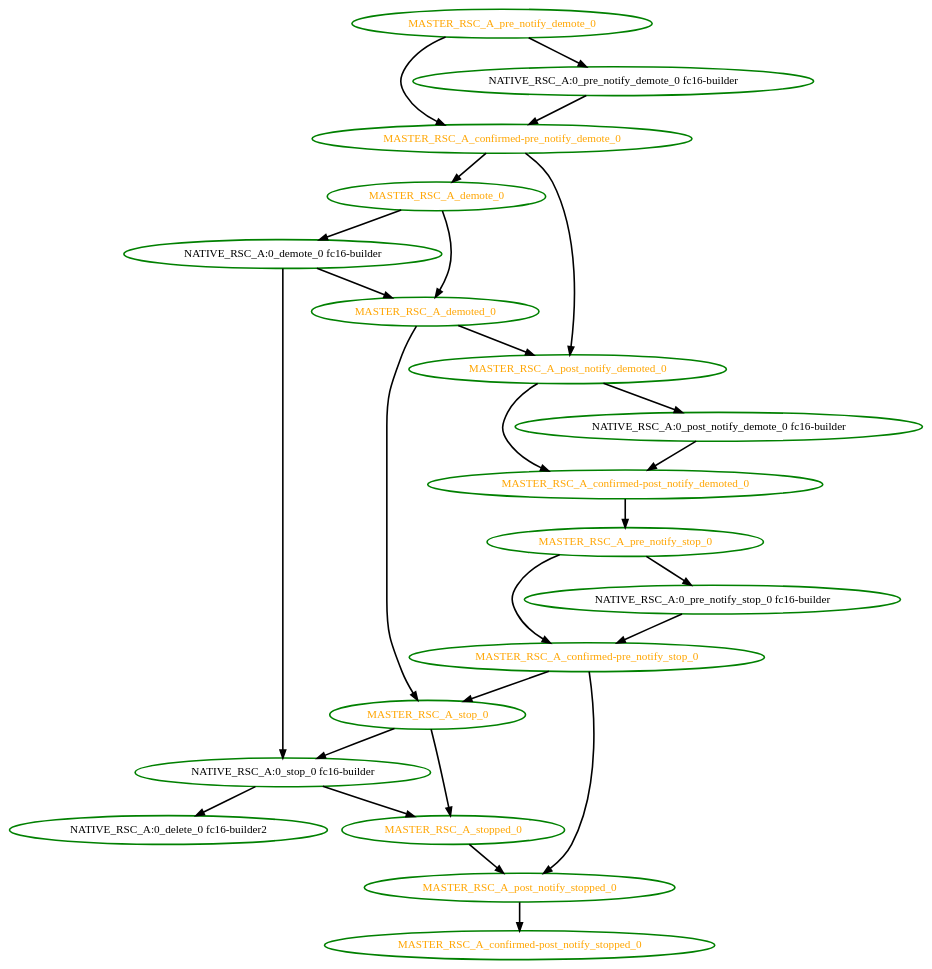
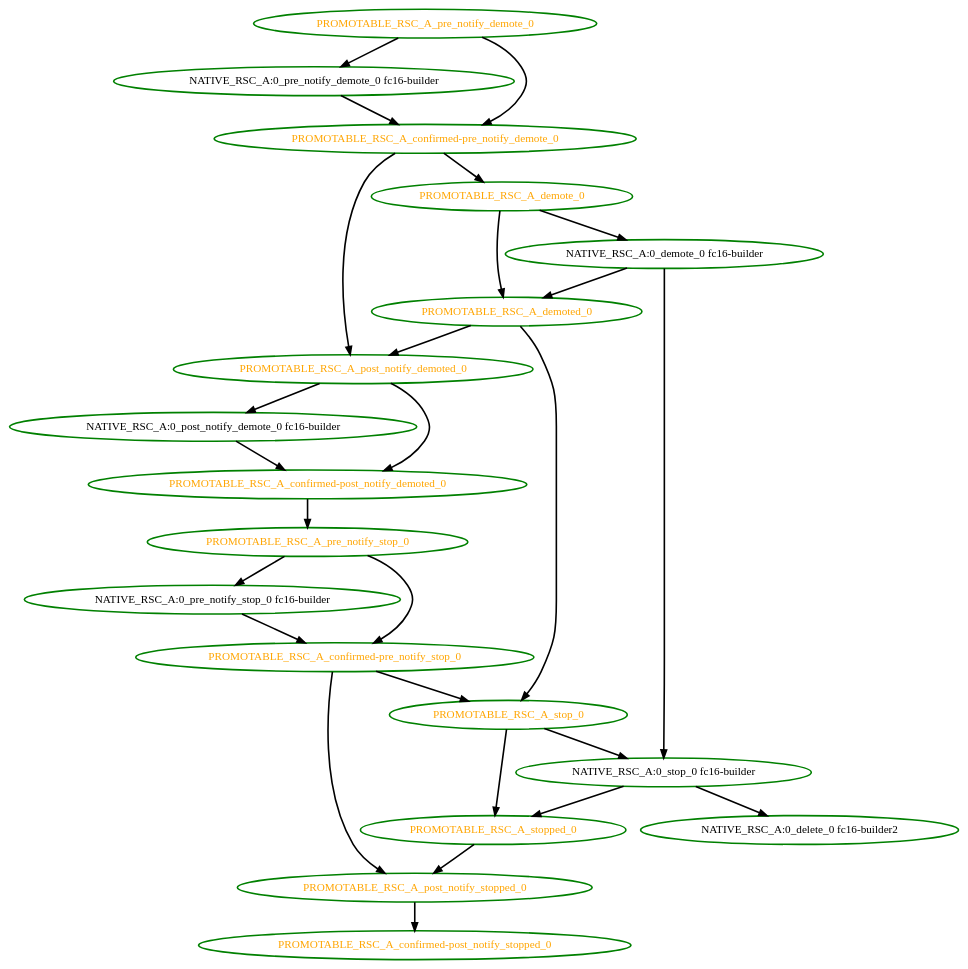
One commit to ClusterLabs/pacemaker changed the diagram in cts/scheduler/dot/colocation_constraint_stops_promoted.dot. Above: the diagram before and after it, drawn with Graphviz. The commit also changed 19 other files, not shown here.

```diff
--- a/cts/scheduler/dot/colocation_constraint_stops_promoted.dot
+++ b/cts/scheduler/dot/colocation_constraint_stops_promoted.dot
@@ -1,46 +1,46 @@
  digraph "g" {
-"MASTER_RSC_A_confirmed-post_notify_demoted_0" -> "MASTER_RSC_A_pre_notify_stop_0" [ style = bold]
-"MASTER_RSC_A_confirmed-post_notify_demoted_0" [ style=bold color="green" fontcolor="orange"]
-"MASTER_RSC_A_confirmed-post_notify_stopped_0" [ style=bold color="green" fontcolor="orange"]
-"MASTER_RSC_A_confirmed-pre_notify_demote_0" -> "MASTER_RSC_A_demote_0" [ style = bold]
-"MASTER_RSC_A_confirmed-pre_notify_demote_0" -> "MASTER_RSC_A_post_notify_demoted_0" [ style = bold]
-"MASTER_RSC_A_confirmed-pre_notify_demote_0" [ style=bold color="green" fontcolor="orange"]
-"MASTER_RSC_A_confirmed-pre_notify_stop_0" -> "MASTER_RSC_A_post_notify_stopped_0" [ style = bold]
-"MASTER_RSC_A_confirmed-pre_notify_stop_0" -> "MASTER_RSC_A_stop_0" [ style = bold]
-"MASTER_RSC_A_confirmed-pre_notify_stop_0" [ style=bold color="green" fontcolor="orange"]
-"MASTER_RSC_A_demote_0" -> "MASTER_RSC_A_demoted_0" [ style = bold]
-"MASTER_RSC_A_demote_0" -> "NATIVE_RSC_A:0_demote_0 fc16-builder" [ style = bold]
-"MASTER_RSC_A_demote_0" [ style=bold color="green" fontcolor="orange"]
-"MASTER_RSC_A_demoted_0" -> "MASTER_RSC_A_post_notify_demoted_0" [ style = bold]
-"MASTER_RSC_A_demoted_0" -> "MASTER_RSC_A_stop_0" [ style = bold]
-"MASTER_RSC_A_demoted_0" [ style=bold color="green" fontcolor="orange"]
-"MASTER_RSC_A_post_notify_demoted_0" -> "MASTER_RSC_A_confirmed-post_notify_demoted_0" [ style = bold]
-"MASTER_RSC_A_post_notify_demoted_0" -> "NATIVE_RSC_A:0_post_notify_demote_0 fc16-builder" [ style = bold]
-"MASTER_RSC_A_post_notify_demoted_0" [ style=bold color="green" fontcolor="orange"]
-"MASTER_RSC_A_post_notify_stopped_0" -> "MASTER_RSC_A_confirmed-post_notify_stopped_0" [ style = bold]
-"MASTER_RSC_A_post_notify_stopped_0" [ style=bold color="green" fontcolor="orange"]
-"MASTER_RSC_A_pre_notify_demote_0" -> "MASTER_RSC_A_confirmed-pre_notify_demote_0" [ style = bold]
-"MASTER_RSC_A_pre_notify_demote_0" -> "NATIVE_RSC_A:0_pre_notify_demote_0 fc16-builder" [ style = bold]
-"MASTER_RSC_A_pre_notify_demote_0" [ style=bold color="green" fontcolor="orange"]
-"MASTER_RSC_A_pre_notify_stop_0" -> "MASTER_RSC_A_confirmed-pre_notify_stop_0" [ style = bold]
-"MASTER_RSC_A_pre_notify_stop_0" -> "NATIVE_RSC_A:0_pre_notify_stop_0 fc16-builder" [ style = bold]
-"MASTER_RSC_A_pre_notify_stop_0" [ style=bold color="green" fontcolor="orange"]
-"MASTER_RSC_A_stop_0" -> "MASTER_RSC_A_stopped_0" [ style = bold]
-"MASTER_RSC_A_stop_0" -> "NATIVE_RSC_A:0_stop_0 fc16-builder" [ style = bold]
-"MASTER_RSC_A_stop_0" [ style=bold color="green" fontcolor="orange"]
-"MASTER_RSC_A_stopped_0" -> "MASTER_RSC_A_post_notify_stopped_0" [ style = bold]
-"MASTER_RSC_A_stopped_0" [ style=bold color="green" fontcolor="orange"]
 "NATIVE_RSC_A:0_delete_0 fc16-builder2" [ style=bold color="green" fontcolor="black"]
-"NATIVE_RSC_A:0_demote_0 fc16-builder" -> "MASTER_RSC_A_demoted_0" [ style = bold]
 "NATIVE_RSC_A:0_demote_0 fc16-builder" -> "NATIVE_RSC_A:0_stop_0 fc16-builder" [ style = bold]
+"NATIVE_RSC_A:0_demote_0 fc16-builder" -> "PROMOTABLE_RSC_A_demoted_0" [ style = bold]
 "NATIVE_RSC_A:0_demote_0 fc16-builder" [ style=bold color="green" fontcolor="black"]
-"NATIVE_RSC_A:0_post_notify_demote_0 fc16-builder" -> "MASTER_RSC_A_confirmed-post_notify_demoted_0" [ style = bold]
+"NATIVE_RSC_A:0_post_notify_demote_0 fc16-builder" -> "PROMOTABLE_RSC_A_confirmed-post_notify_demoted_0" [ style = bold]
 "NATIVE_RSC_A:0_post_notify_demote_0 fc16-builder" [ style=bold color="green" fontcolor="black"]
-"NATIVE_RSC_A:0_pre_notify_demote_0 fc16-builder" -> "MASTER_RSC_A_confirmed-pre_notify_demote_0" [ style = bold]
+"NATIVE_RSC_A:0_pre_notify_demote_0 fc16-builder" -> "PROMOTABLE_RSC_A_confirmed-pre_notify_demote_0" [ style = bold]
 "NATIVE_RSC_A:0_pre_notify_demote_0 fc16-builder" [ style=bold color="green" fontcolor="black"]
-"NATIVE_RSC_A:0_pre_notify_stop_0 fc16-builder" -> "MASTER_RSC_A_confirmed-pre_notify_stop_0" [ style = bold]
+"NATIVE_RSC_A:0_pre_notify_stop_0 fc16-builder" -> "PROMOTABLE_RSC_A_confirmed-pre_notify_stop_0" [ style = bold]
 "NATIVE_RSC_A:0_pre_notify_stop_0 fc16-builder" [ style=bold color="green" fontcolor="black"]
-"NATIVE_RSC_A:0_stop_0 fc16-builder" -> "MASTER_RSC_A_stopped_0" [ style = bold]
 "NATIVE_RSC_A:0_stop_0 fc16-builder" -> "NATIVE_RSC_A:0_delete_0 fc16-builder2" [ style = bold]
+"NATIVE_RSC_A:0_stop_0 fc16-builder" -> "PROMOTABLE_RSC_A_stopped_0" [ style = bold]
 "NATIVE_RSC_A:0_stop_0 fc16-builder" [ style=bold color="green" fontcolor="black"]
+"PROMOTABLE_RSC_A_confirmed-post_notify_demoted_0" -> "PROMOTABLE_RSC_A_pre_notify_stop_0" [ style = bold]
+"PROMOTABLE_RSC_A_confirmed-post_notify_demoted_0" [ style=bold color="green" fontcolor="orange"]
+"PROMOTABLE_RSC_A_confirmed-post_notify_stopped_0" [ style=bold color="green" fontcolor="orange"]
+"PROMOTABLE_RSC_A_confirmed-pre_notify_demote_0" -> "PROMOTABLE_RSC_A_demote_0" [ style = bold]
+"PROMOTABLE_RSC_A_confirmed-pre_notify_demote_0" -> "PROMOTABLE_RSC_A_post_notify_demoted_0" [ style = bold]
+"PROMOTABLE_RSC_A_confirmed-pre_notify_demote_0" [ style=bold color="green" fontcolor="orange"]
+"PROMOTABLE_RSC_A_confirmed-pre_notify_stop_0" -> "PROMOTABLE_RSC_A_post_notify_stopped_0" [ style = bold]
+"PROMOTABLE_RSC_A_confirmed-pre_notify_stop_0" -> "PROMOTABLE_RSC_A_stop_0" [ style = bold]
+"PROMOTABLE_RSC_A_confirmed-pre_notify_stop_0" [ style=bold color="green" fontcolor="orange"]
+"PROMOTABLE_RSC_A_demote_0" -> "NATIVE_RSC_A:0_demote_0 fc16-builder" [ style = bold]
+"PROMOTABLE_RSC_A_demote_0" -> "PROMOTABLE_RSC_A_demoted_0" [ style = bold]
+"PROMOTABLE_RSC_A_demote_0" [ style=bold color="green" fontcolor="orange"]
+"PROMOTABLE_RSC_A_demoted_0" -> "PROMOTABLE_RSC_A_post_notify_demoted_0" [ style = bold]
+"PROMOTABLE_RSC_A_demoted_0" -> "PROMOTABLE_RSC_A_stop_0" [ style = bold]
+"PROMOTABLE_RSC_A_demoted_0" [ style=bold color="green" fontcolor="orange"]
+"PROMOTABLE_RSC_A_post_notify_demoted_0" -> "NATIVE_RSC_A:0_post_notify_demote_0 fc16-builder" [ style = bold]
+"PROMOTABLE_RSC_A_post_notify_demoted_0" -> "PROMOTABLE_RSC_A_confirmed-post_notify_demoted_0" [ style = bold]
+"PROMOTABLE_RSC_A_post_notify_demoted_0" [ style=bold color="green" fontcolor="orange"]
+"PROMOTABLE_RSC_A_post_notify_stopped_0" -> "PROMOTABLE_RSC_A_confirmed-post_notify_stopped_0" [ style = bold]
+"PROMOTABLE_RSC_A_post_notify_stopped_0" [ style=bold color="green" fontcolor="orange"]
+"PROMOTABLE_RSC_A_pre_notify_demote_0" -> "NATIVE_RSC_A:0_pre_notify_demote_0 fc16-builder" [ style = bold]
+"PROMOTABLE_RSC_A_pre_notify_demote_0" -> "PROMOTABLE_RSC_A_confirmed-pre_notify_demote_0" [ style = bold]
+"PROMOTABLE_RSC_A_pre_notify_demote_0" [ style=bold color="green" fontcolor="orange"]
+"PROMOTABLE_RSC_A_pre_notify_stop_0" -> "NATIVE_RSC_A:0_pre_notify_stop_0 fc16-builder" [ style = bold]
+"PROMOTABLE_RSC_A_pre_notify_stop_0" -> "PROMOTABLE_RSC_A_confirmed-pre_notify_stop_0" [ style = bold]
+"PROMOTABLE_RSC_A_pre_notify_stop_0" [ style=bold color="green" fontcolor="orange"]
+"PROMOTABLE_RSC_A_stop_0" -> "NATIVE_RSC_A:0_stop_0 fc16-builder" [ style = bold]
+"PROMOTABLE_RSC_A_stop_0" -> "PROMOTABLE_RSC_A_stopped_0" [ style = bold]
+"PROMOTABLE_RSC_A_stop_0" [ style=bold color="green" fontcolor="orange"]
+"PROMOTABLE_RSC_A_stopped_0" -> "PROMOTABLE_RSC_A_post_notify_stopped_0" [ style = bold]
+"PROMOTABLE_RSC_A_stopped_0" [ style=bold color="green" fontcolor="orange"]
 }
```
